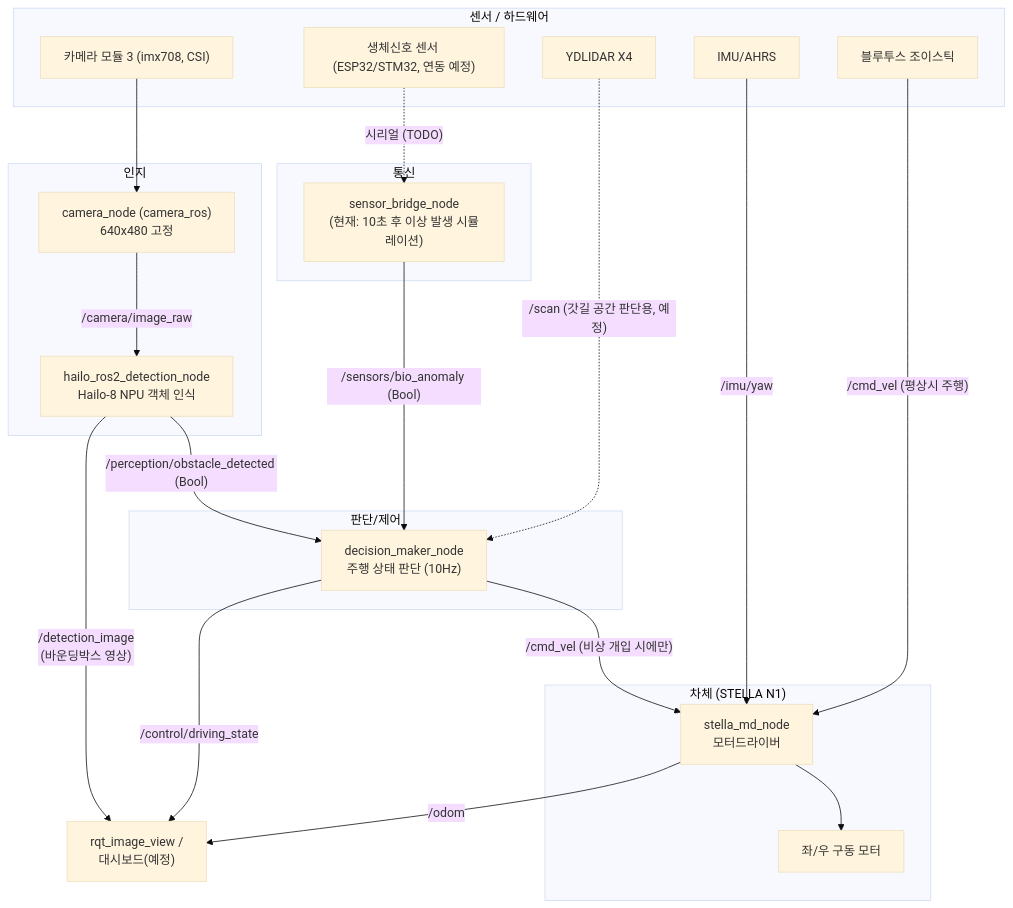
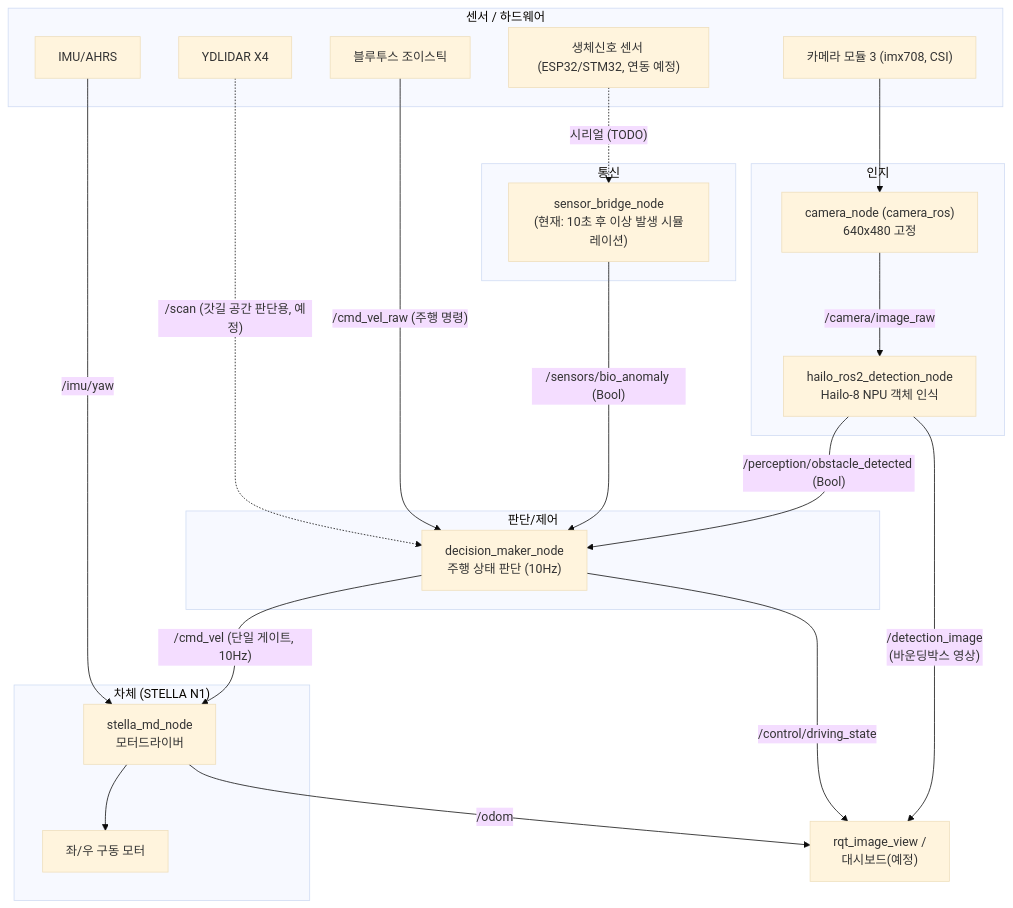
Before and after one commit to seungwp/2026_CDP: the first of 2 diagrams in README.md, drawn with Mermaid (base theme). The commit also changed other lines of this file and 2 other files, not shown here.

First line of the commit message:
feat: cmd_vel 안전 게이트 도입 (P0)

````diff
--- a/README.md
+++ b/README.md
@@ -33,42 +33,42 @@
 ```mermaid
 flowchart TD
     subgraph HW["센서 / 하드웨어"]
         CAM["카메라 모듈 3 (imx708, CSI)"]
         BIOHW["생체신호 센서 (ESP32/STM32, 연동 예정)"]
         LIDAR["YDLIDAR X4"]
         IMU["IMU/AHRS"]
         JOY["블루투스 조이스틱"]
     end
 
     subgraph PERCEPTION["인지"]
         CAMNODE["camera_node (camera_ros)<br/>640x480 고정"]
         HAILO["hailo_ros2_detection_node<br/>Hailo-8 NPU 객체 인식"]
     end
 
     subgraph COMMS["통신"]
         BRIDGE["sensor_bridge_node<br/>(현재: 10초 후 이상 발생 시뮬레이션)"]
     end
 
     subgraph CONTROL["판단/제어"]
         DM["decision_maker_node<br/>주행 상태 판단 (10Hz)"]
     end
 
     subgraph BASE["차체 (STELLA N1)"]
         MD["stella_md_node<br/>모터드라이버"]
         MOTOR["좌/우 구동 모터"]
     end
 
     CAM --> CAMNODE
     CAMNODE -- "/camera/image_raw" --> HAILO
     HAILO -- "/detection_image<br/>(바운딩박스 영상)" --> VIEW["rqt_image_view /<br/>대시보드(예정)"]
     HAILO -- "/perception/obstacle_detected (Bool)" --> DM
     BIOHW -. "시리얼 (TODO)" .-> BRIDGE
     BRIDGE -- "/sensors/bio_anomaly (Bool)" --> DM
     DM -- "/control/driving_state" --> VIEW
-    DM -- "/cmd_vel (비상 개입 시에만)" --> MD
-    JOY -- "/cmd_vel (평상시 주행)" --> MD
+    JOY -- "/cmd_vel_raw (주행 명령)" --> DM
+    DM -- "/cmd_vel (단일 게이트, 10Hz)" --> MD
     LIDAR -. "/scan (갓길 공간 판단용, 예정)" .-> DM
     IMU -- "/imu/yaw" --> MD
     MD -- "/odom" --> VIEW
     MD --> MOTOR
 ```
````
